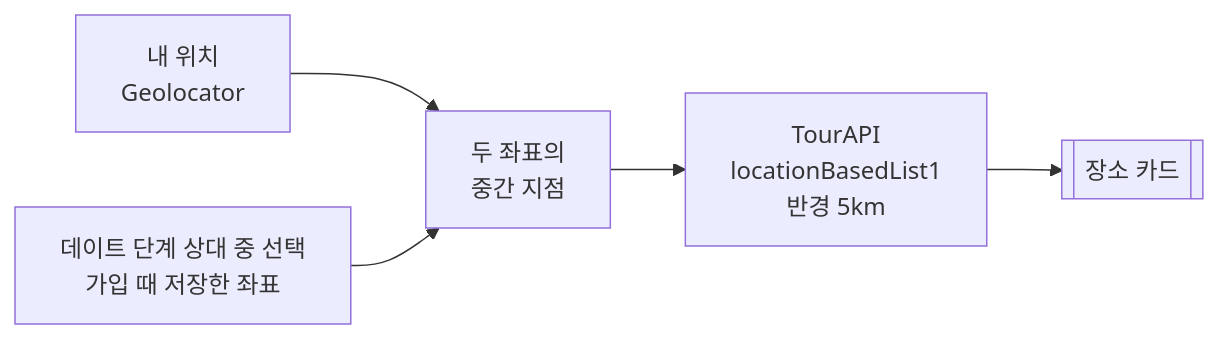
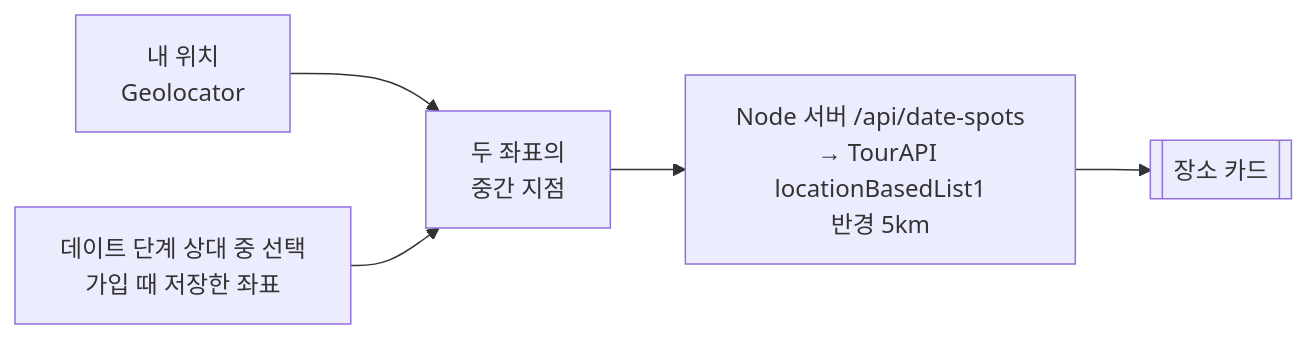
One commit to cres17/CapstoneDesign changed the fifth of 5 diagrams in README.md. Above: the diagram before and after it, drawn with Mermaid. The commit also changed other lines of this file and 28 other files, not shown here.

````diff
--- a/README.md
+++ b/README.md
@@ -315,7 +318,7 @@
 ```mermaid
 flowchart LR
   ME[내 위치<br/>Geolocator] --> MID[두 좌표의<br/>중간 지점]
   PT[데이트 단계 상대 중 선택<br/>가입 때 저장한 좌표] --> MID
-  MID --> API[TourAPI<br/>locationBasedList1<br/>반경 5km]
+  MID --> API[Node 서버 /api/date-spots<br/>→ TourAPI locationBasedList1<br/>반경 5km]
   API --> CARD[[장소 카드]]
 ```
````
